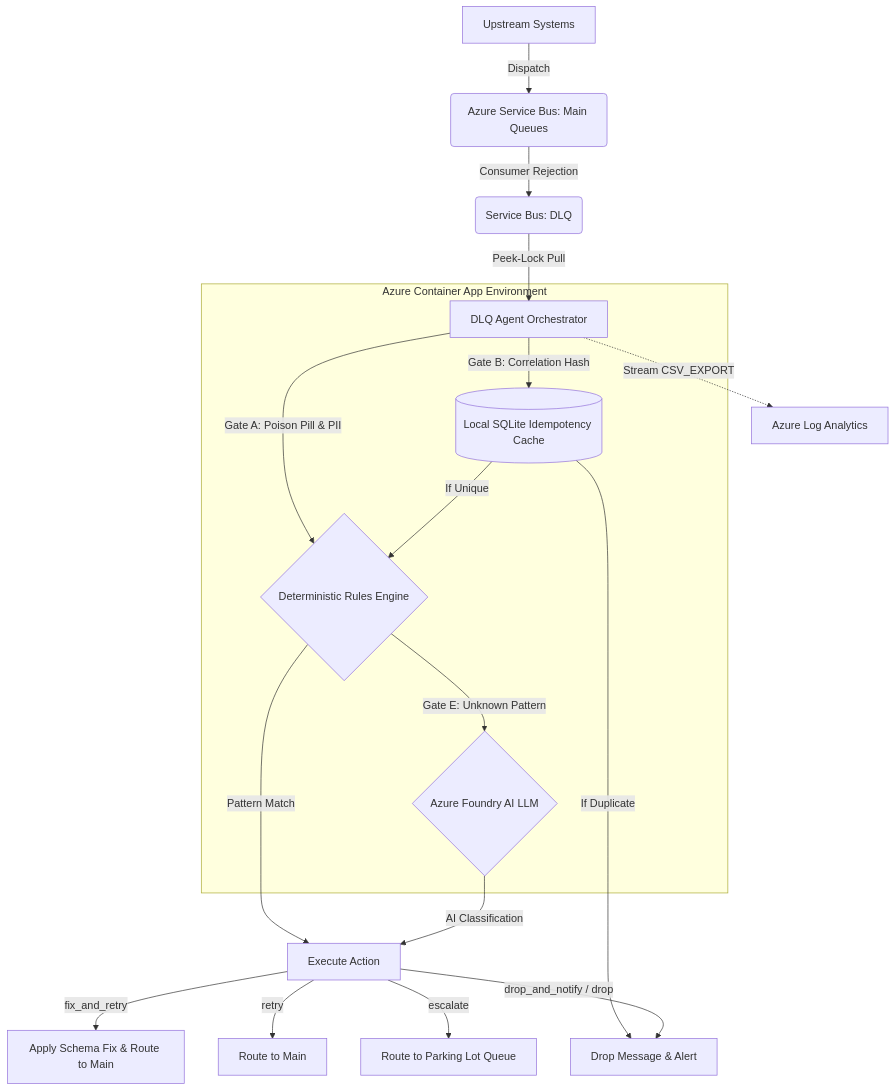
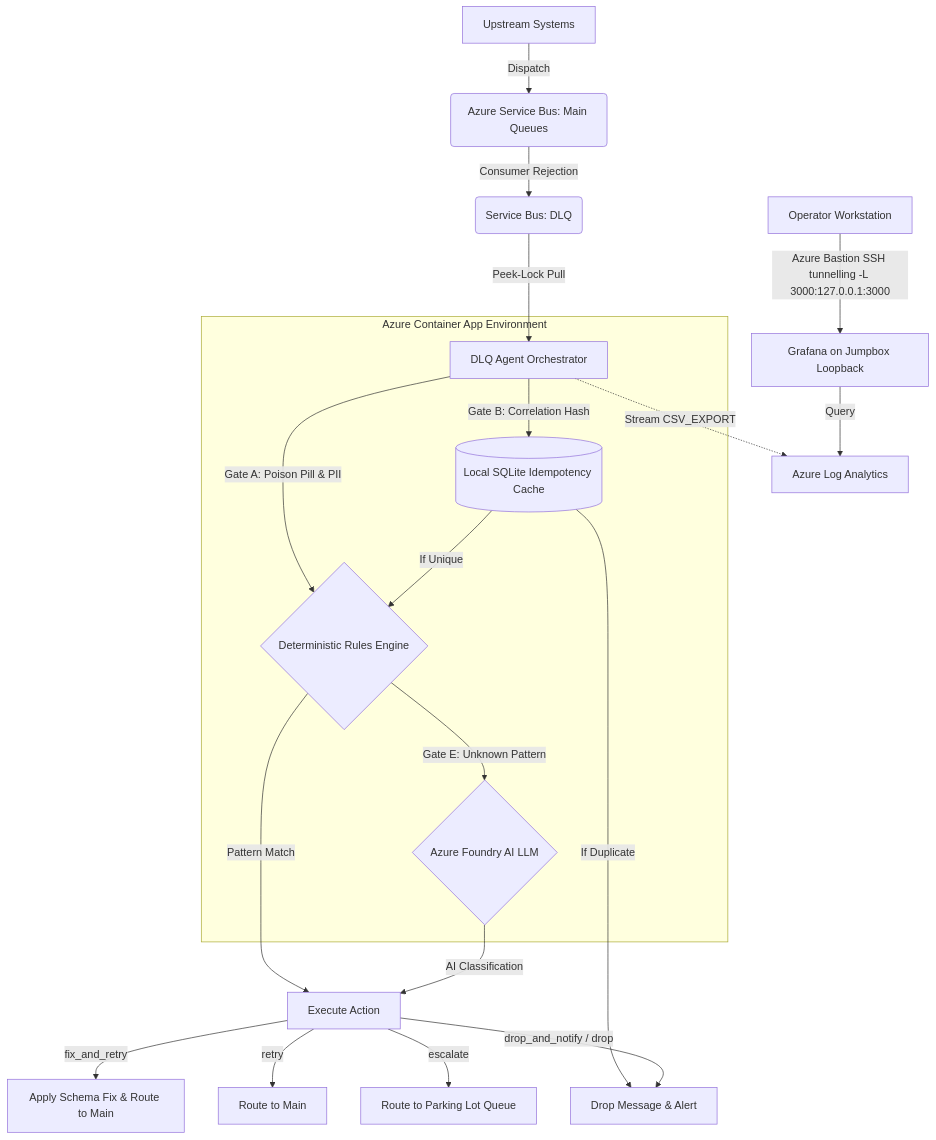
One commit to SC3-Consulting/dlq-msg-router changed the diagram in README.md. Above: the diagram before and after it, drawn with Mermaid. The commit also changed other lines of this file, not shown here.

Commit message:
docs: update README with Jumpbox Grafana observability architecture

````diff
--- a/README.md
+++ b/README.md
@@ -80,30 +82,32 @@
 ```mermaid
 graph TD
     A[Upstream Systems] -->|Dispatch| B(Azure Service Bus: Main Queues)
     B -->|Consumer Rejection| C(Service Bus: DLQ)
     
     subgraph Azure Container App Environment
     D[DLQ Agent Orchestrator]
     E[(Local SQLite Idempotency Cache)]
     F{Deterministic Rules Engine}
     G{Azure Foundry AI LLM}
     end
 
     C -->|Peek-Lock Pull| D
     D -->|Gate A: Poison Pill & PII| F
     D -->|Gate B: Correlation Hash| E
     E -->|If Duplicate| H[Drop Message & Alert]
     E -->|If Unique| F
     
     F -->|Pattern Match| I[Execute Action]
     F -->|Gate E: Unknown Pattern| G
     G -->|AI Classification| I
     
     I -->|fix_and_retry| J[Apply Schema Fix & Route to Main]
     I -->|retry| K[Route to Main]
     I -->|escalate| L[Route to Parking Lot Queue]
     I -->|drop_and_notify / drop| H
     
     D -.->|Stream CSV_EXPORT| M[Azure Log Analytics]
+    N[Grafana on Jumpbox Loopback] -->|Query| M
+    O[Operator Workstation] -->|Azure Bastion SSH tunnelling -L 3000:127.0.0.1:3000| N
 
 ```
````
